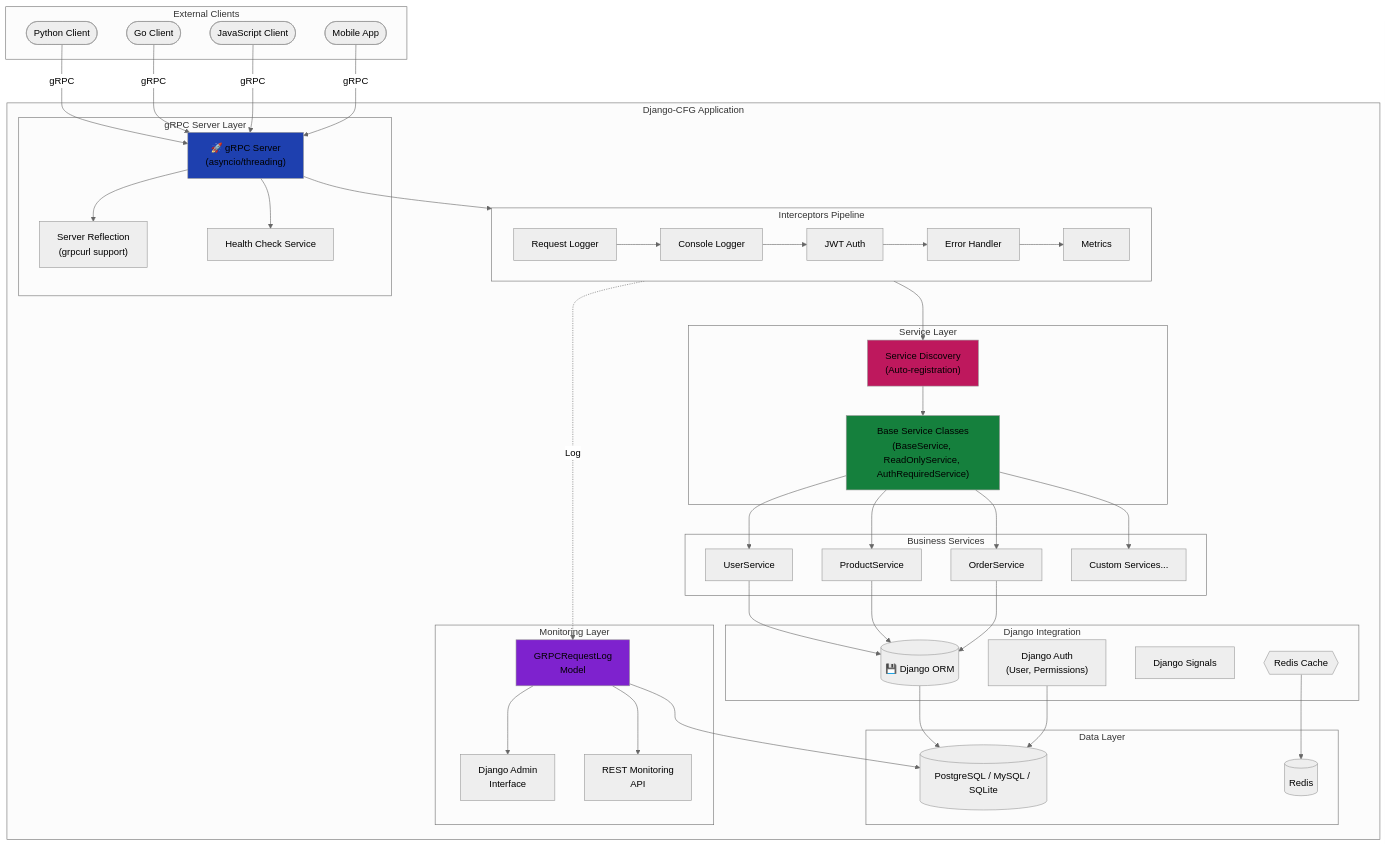
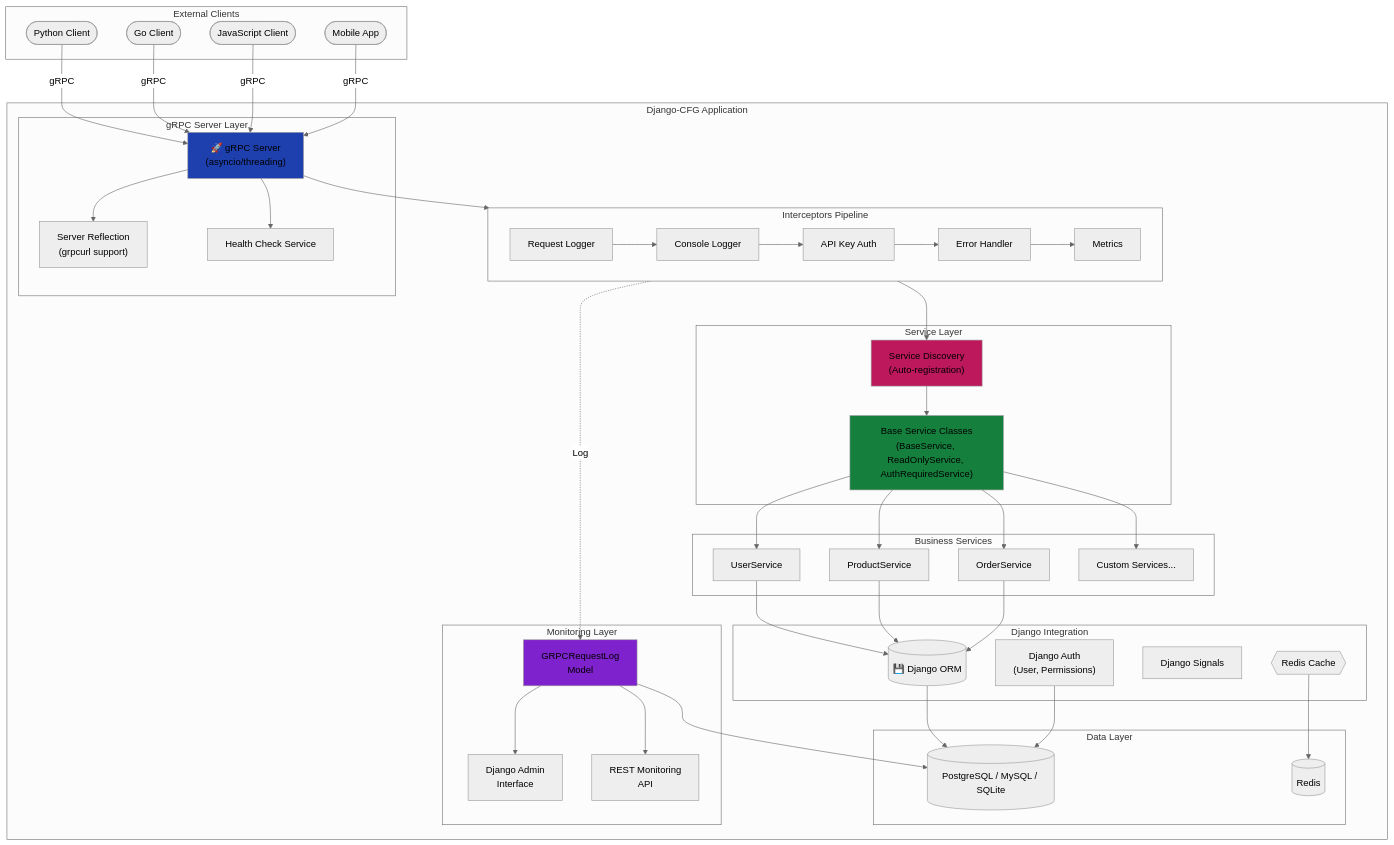
The first of 12 diagrams in docs/features/integrations/grpc/architecture.md (markolofsen/django-cfg), drawn with Mermaid (neutral theme) before and after one commit. The commit also changed other lines of this file and 41 other files, not shown here.

```diff
--- a/docs/features/integrations/grpc/architecture.md
+++ b/docs/features/integrations/grpc/architecture.md
@@ -38,7 +38,7 @@
             direction LR
             I1["Request Logger"]
             I2["Console Logger"]
-            I3["JWT Auth"]
+            I3["API Key Auth"]
             I4["Error Handler"]
             I5["Metrics"]
 
```
